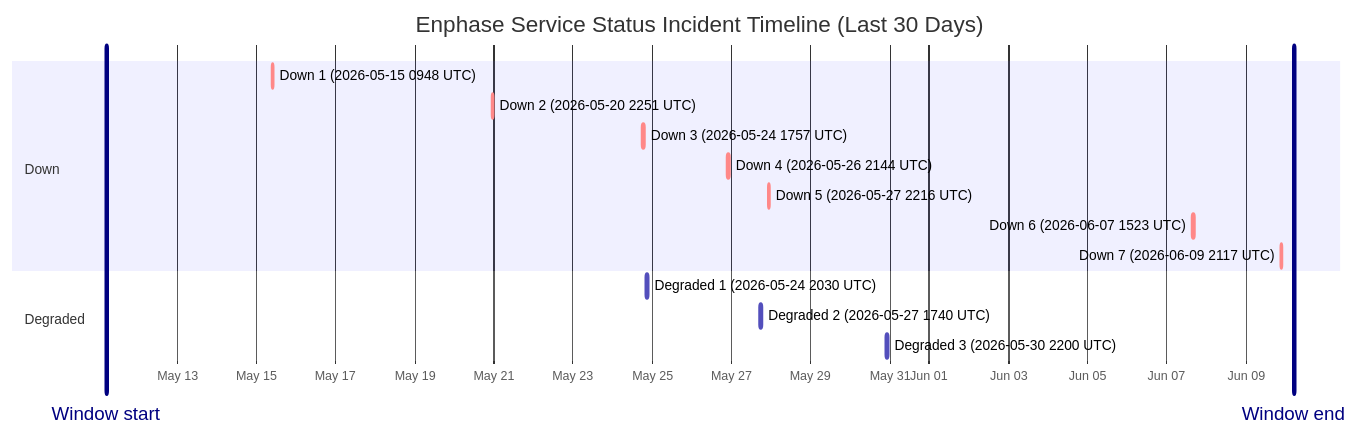
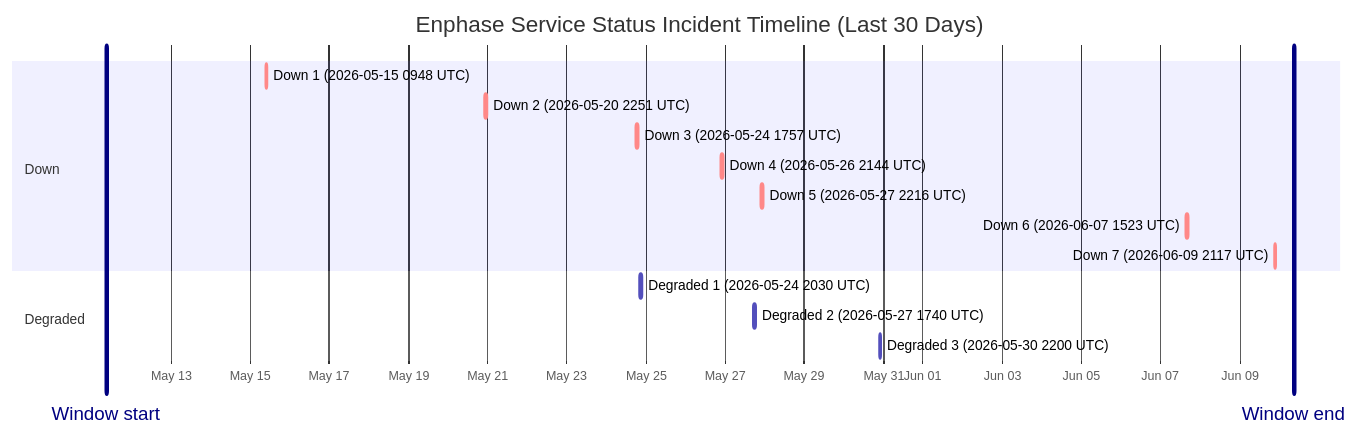
The diagram in wiki/Service-Status-History.md (barneyonline/ha-enphase-energy), drawn with Mermaid before and after one commit. The commit also changed other lines of this file and 3 other files, not shown here.

````diff
--- a/wiki/Service-Status-History.md
+++ b/wiki/Service-Status-History.md
@@ -14,20 +14,20 @@
 ```mermaid
 gantt
     title Enphase Service Status Incident Timeline (Last 30 Days)
     dateFormat  YYYY-MM-DDTHH:mm:ss
     axisFormat  %b %d
-    Window start :vert, window-start, 2026-05-11T04:56:20, 0ms
-    Window end :vert, window-end, 2026-06-10T04:56:20, 0ms
+    Window start :vert, window-start, 2026-05-11T08:50:03, 0ms
+    Window end :vert, window-end, 2026-06-10T08:50:03, 0ms
     section Down
     Down 1 (2026-05-15 0948 UTC) :crit, down-1, 2026-05-15T09:48:18, 60m
     Down 2 (2026-05-20 2251 UTC) :crit, down-2, 2026-05-20T22:51:14, 75m
     Down 3 (2026-05-24 1757 UTC) :crit, down-3, 2026-05-24T17:57:41, 86m
     Down 4 (2026-05-26 2144 UTC) :crit, down-4, 2026-05-26T21:44:11, 85m
     Down 5 (2026-05-27 2216 UTC) :crit, down-5, 2026-05-27T22:16:53, 87m
     Down 6 (2026-06-07 1523 UTC) :crit, down-6, 2026-06-07T15:23:22, 87m
     Down 7 (2026-06-09 2117 UTC) :crit, down-7, 2026-06-09T21:17:17, 60m
     section Degraded
     Degraded 1 (2026-05-24 2030 UTC) :active, degraded-1, 2026-05-24T20:30:57, 84m
     Degraded 2 (2026-05-27 1740 UTC) :active, degraded-2, 2026-05-27T17:40:52, 60m
     Degraded 3 (2026-05-30 2200 UTC) :active, degraded-3, 2026-05-30T22:00:37, 60m
 ```
````
